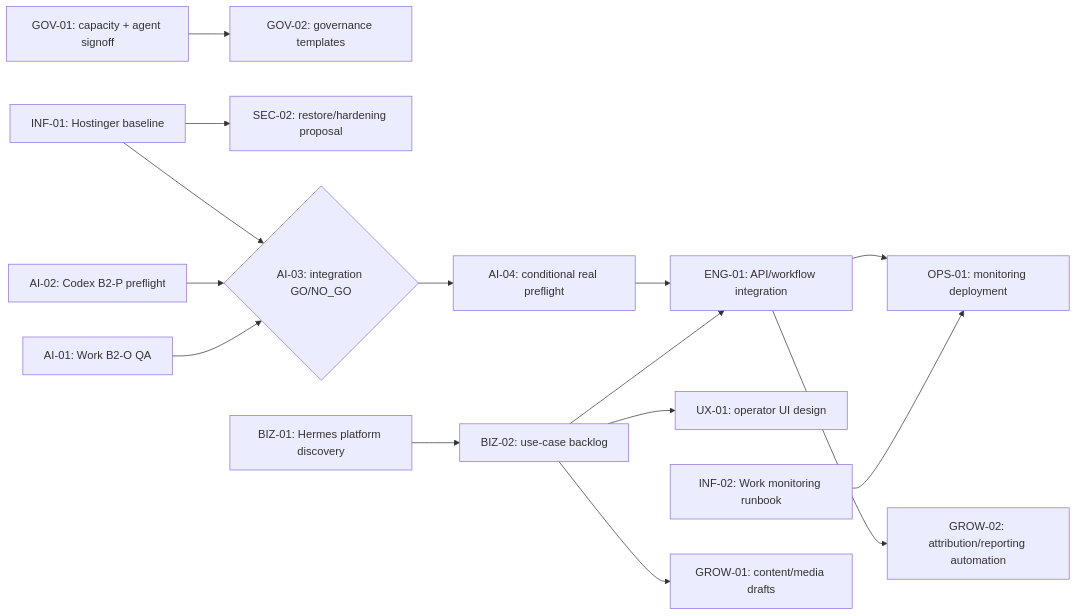
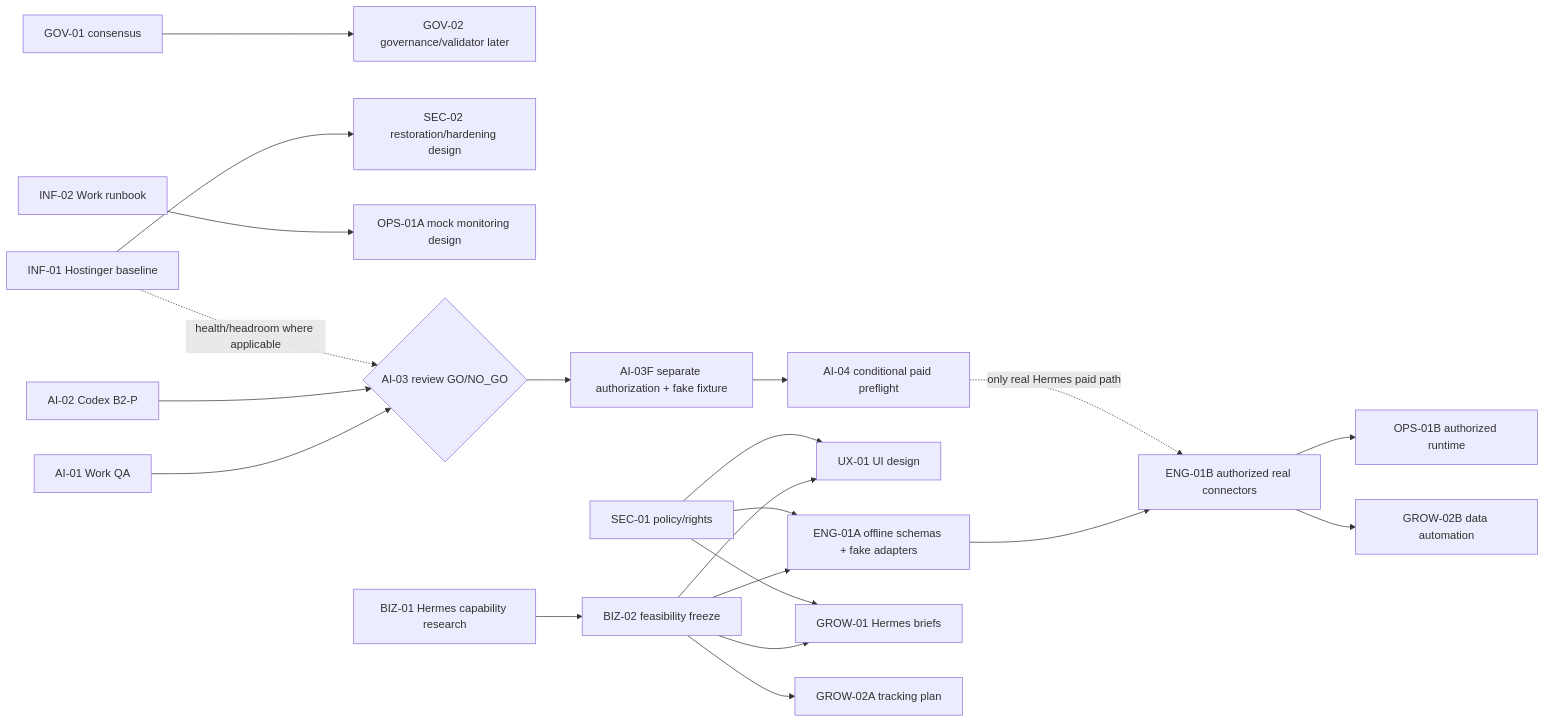
The diagram in tasks/2026-11-23-multi-agent-master-allocation-review.md (DuyKienTTD/Hosting), drawn with Mermaid before and after one commit. The commit also changed other lines of this file, not shown here.

Commit message:
docs: integrate three agent ACKs, rebalance ownership and unblock offline dependency graph

````diff
--- a/tasks/2026-11-23-multi-agent-master-allocation-review.md
+++ b/tasks/2026-11-23-multi-agent-master-allocation-review.md
@@ -72,17 +86,23 @@
 ```mermaid
 flowchart LR
-  G["GOV-01: capacity + agent signoff"] --> G2["GOV-02: governance templates"]
-  I1["INF-01: Hostinger baseline"] --> S2["SEC-02: restore/hardening proposal"]
-  I2["INF-02: Work monitoring runbook"] --> O1["OPS-01: monitoring deployment"]
-  A1["AI-01: Work B2-O QA"] --> A3{"AI-03: integration GO/NO_GO"}
-  A2["AI-02: Codex B2-P preflight"] --> A3
-  I1 --> A3
-  A3 --> A4["AI-04: conditional real preflight"]
-  H["BIZ-01: Hermes platform discovery"] --> B["BIZ-02: use-case backlog"]
-  B --> U["UX-01: operator UI design"]
-  B --> E["ENG-01: API/workflow integration"]
-  A4 --> E
-  E --> O1
-  B --> C["GROW-01: content/media drafts"]
-  E --> M["GROW-02: attribution/reporting automation"]
+  GOV["GOV-01 consensus"] --> G2["GOV-02 governance/validator later"]
+  INF["INF-01 Hostinger baseline"] --> SEC2["SEC-02 restoration/hardening design"]
+  W["INF-02 Work runbook"] --> OP1["OPS-01A mock monitoring design"]
+  A1["AI-01 Work QA"] --> GATE{"AI-03 review GO/NO_GO"}
+  A2["AI-02 Codex B2-P"] --> GATE
+  INF -. "health/headroom where applicable" .-> GATE
+  GATE --> FIX["AI-03F separate authorization + fake fixture"]
+  FIX --> PAID["AI-04 conditional paid preflight"]
+  B1["BIZ-01 Hermes capability research"] --> B2["BIZ-02 feasibility freeze"]
+  B2 --> UX["UX-01 UI design"]
+  B2 --> ENGA["ENG-01A offline schemas + fake adapters"]
+  B2 --> GR["GROW-01 Hermes briefs"]
+  B2 --> TRACK["GROW-02A tracking plan"]
+  SEC["SEC-01 policy/rights"] --> UX
+  SEC --> ENGA
+  SEC --> GR
+  ENGA --> ENGB["ENG-01B authorized real connectors"]
+  PAID -. "only real Hermes paid path" .-> ENGB
+  ENGB --> OPB["OPS-01B authorized runtime"]
+  ENGB --> REPORT["GROW-02B data automation"]
 ```
````
